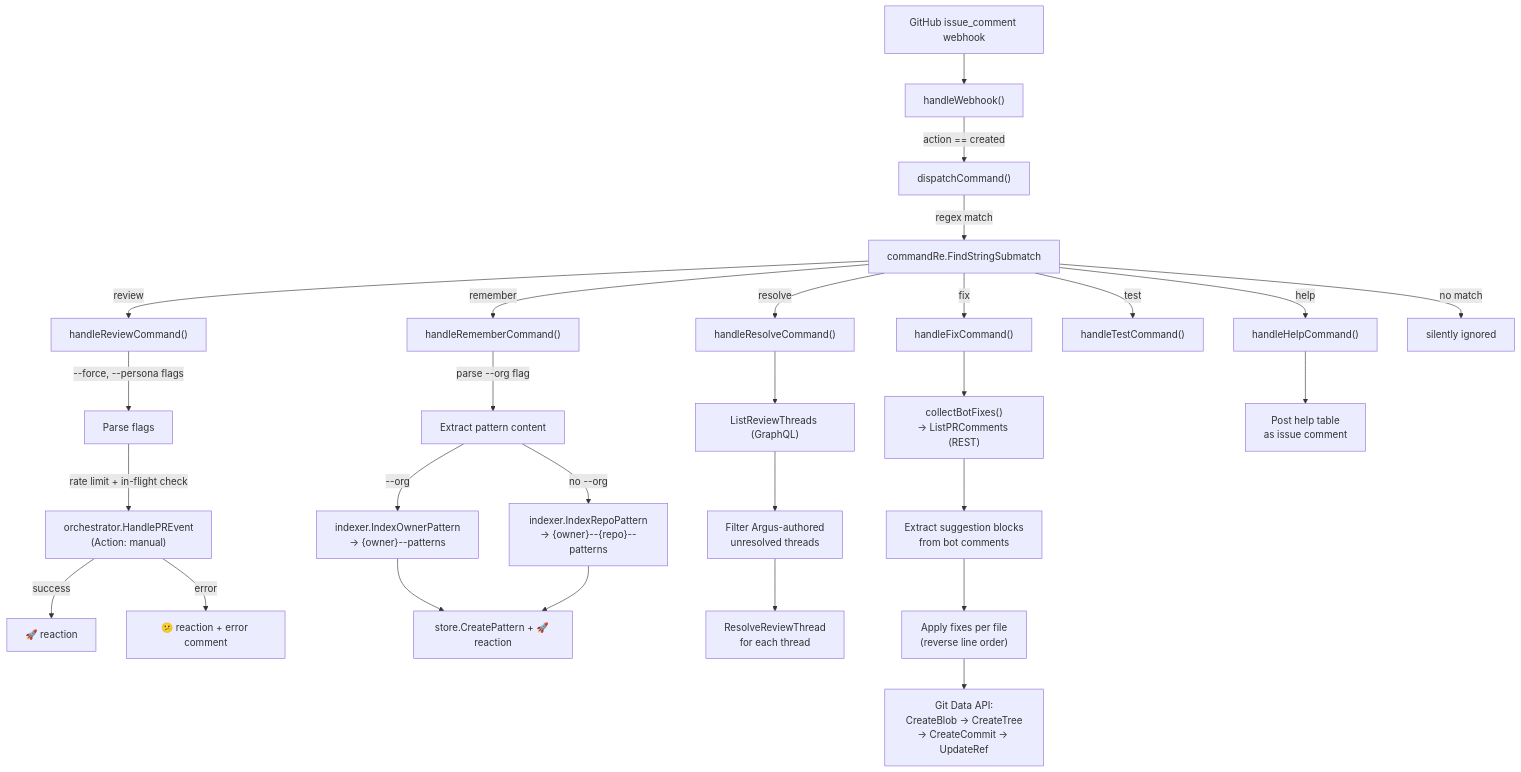
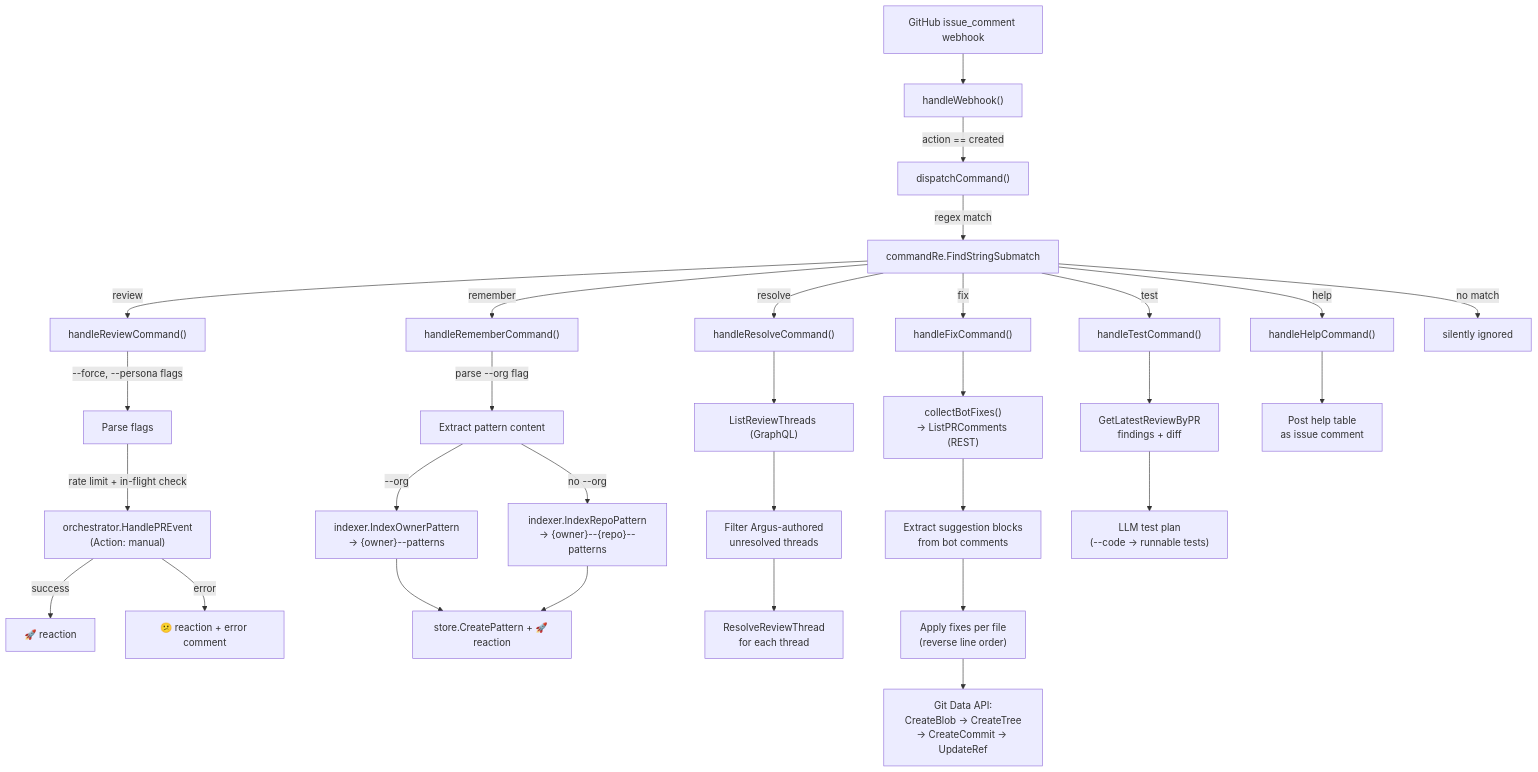
Before and after one commit to BeLazy167/argus: the third of 4 diagrams in docs/architecture.md, drawn with Mermaid. The commit also changed 21 other files, not shown here.

First line of the commit message:
docs+web: MCP docs & new diagrams, stale-claim fixes, hide public auth CTAs (#6)

````diff
--- a/docs/architecture.md
+++ b/docs/architecture.md
@@ -385,36 +385,39 @@
 ```mermaid
 flowchart TD
     GH["GitHub issue_comment webhook"] --> WH["handleWebhook()"]
     WH --> |"action == created"| DC["dispatchCommand()"]
     DC --> |"regex match"| PARSE["commandRe.FindStringSubmatch"]
 
     PARSE --> |"review"| REV["handleReviewCommand()"]
     PARSE --> |"remember"| REM["handleRememberCommand()"]
     PARSE --> |"resolve"| RES["handleResolveCommand()"]
     PARSE --> |"fix"| FIX["handleFixCommand()"]
     PARSE --> |"test"| TEST["handleTestCommand()"]
     PARSE --> |"help"| HELP["handleHelpCommand()"]
     PARSE --> |"no match"| DROP["silently ignored"]
 
     REV --> |"--force, --persona flags"| REV2["Parse flags"]
     REV2 --> |"rate limit + in-flight check"| REV3["orchestrator.HandlePREvent\n(Action: manual)"]
     REV3 --> |"success"| REV4["🚀 reaction"]
     REV3 --> |"error"| REV5["😕 reaction + error comment"]
 
     REM --> |"parse --org flag"| REM2["Extract pattern content"]
     REM2 --> |"--org"| REM3["indexer.IndexOwnerPattern\n→ {owner}--patterns"]
     REM2 --> |"no --org"| REM4["indexer.IndexRepoPattern\n→ {owner}--{repo}--patterns"]
     REM3 --> REM5["store.CreatePattern + 🚀 reaction"]
     REM4 --> REM5
 
     RES --> RES2["ListReviewThreads (GraphQL)"]
     RES2 --> RES3["Filter Argus-authored\nunresolved threads"]
     RES3 --> RES4["ResolveReviewThread\nfor each thread"]
 
     FIX --> FIX2["collectBotFixes()\n→ ListPRComments (REST)"]
     FIX2 --> FIX3["Extract suggestion blocks\nfrom bot comments"]
     FIX3 --> FIX4["Apply fixes per file\n(reverse line order)"]
     FIX4 --> FIX5["Git Data API:\nCreateBlob → CreateTree\n→ CreateCommit → UpdateRef"]
 
+    TEST --> TEST2["GetLatestReviewByPR\nfindings + diff"]
+    TEST2 --> TEST3["LLM test plan\n(--code → runnable tests)"]
+
     HELP --> HELP2["Post help table\nas issue comment"]
 ```
````
